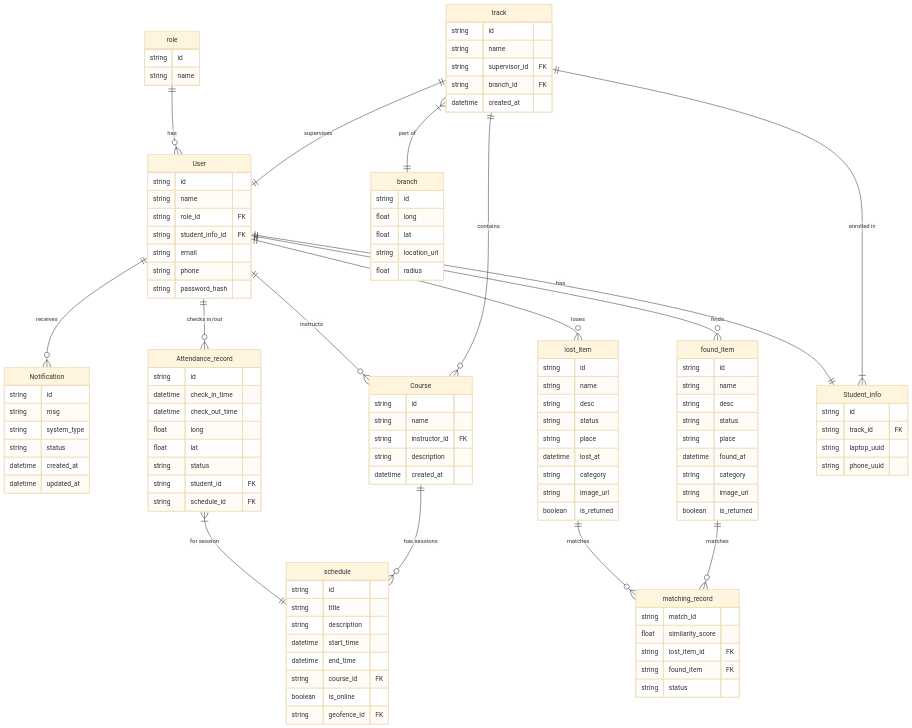
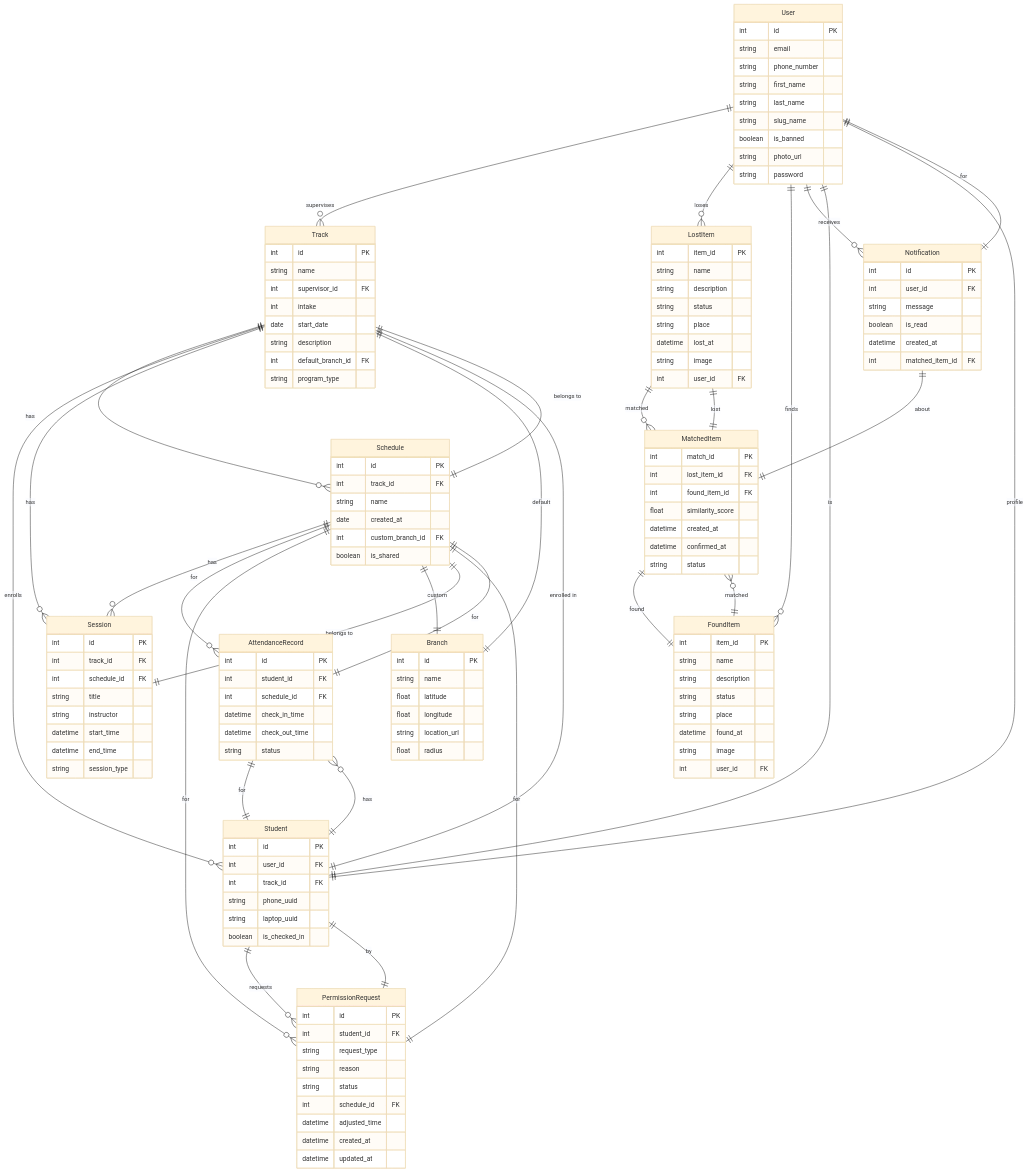
The diagram in erd.mermaid (OmarDerwy/ITI-Attendance-Backend), drawn with Mermaid (base theme) before and after one commit.

```diff
--- a/erd.mermaid
+++ b/erd.mermaid
@@ -1,125 +1,143 @@
 erDiagram
     User {
-        string id
+        int id PK
+        string email
+        string phone_number
+        string first_name
+        string last_name
+        string slug_name
+        boolean is_banned
+        string photo_url
+        string password
+    }
+    Branch {
+        int id PK
         string name
-        string role_id FK
-        string student_info_id FK
-        string email
-        string phone
-        string password_hash
+        float latitude
+        float longitude
+        string location_url
+        float radius
     }
-    Notification {
-        string id
-        string msg
-        string system_type
+    Track {
+        int id PK
+        string name
+        int supervisor_id FK
+        int intake
+        date start_date
+        string description
+        int default_branch_id FK
+        string program_type
+    }
+    Schedule {
+        int id PK
+        int track_id FK
+        string name
+        date created_at
+        int custom_branch_id FK
+        boolean is_shared
+    }
+    Session {
+        int id PK
+        int track_id FK
+        int schedule_id FK
+        string title
+        string instructor
+        datetime start_time
+        datetime end_time
+        string session_type
+    }
+    Student {
+        int id PK
+        int user_id FK
+        int track_id FK
+        string phone_uuid
+        string laptop_uuid
+        boolean is_checked_in
+    }
+    AttendanceRecord {
+        int id PK
+        int student_id FK
+        int schedule_id FK
+        datetime check_in_time
+        datetime check_out_time
         string status
+    }
+    PermissionRequest {
+        int id PK
+        int student_id FK
+        string request_type
+        string reason
+        string status
+        int schedule_id FK
+        datetime adjusted_time
         datetime created_at
         datetime updated_at
     }
-    Attendance_record {
-        string id
-        datetime check_in_time
-        datetime check_out_time
-        float long
-        float lat
-        string status
-        string student_id FK
-        string schedule_id FK
-    }
-    %% geofence {
-    %%     string id
-    %%     string name
-    %%     float long
-    %%     float lat
-    %%     float radius
-    %% }
-    track {
-        string id
+    LostItem {
+        int item_id PK
         string name
-        string supervisor_id FK
-        string branch_id FK
-        datetime created_at
-    }
-    lost_item {
-        string id
-        string name
-        string desc
+        string description
         string status
         string place
         datetime lost_at
-        string category
-        string image_url
-        boolean is_returned
+        string image
+        int user_id FK
     }
-    found_item {
-        string id
+    FoundItem {
+        int item_id PK
         string name
-        string desc
+        string description
         string status
         string place
         datetime found_at
-        string category
-        string image_url
-        boolean is_returned
+        string image
+        int user_id FK
     }
-    matching_record {
-        string match_id
+    MatchedItem {
+        int match_id PK
+        int lost_item_id FK
+        int found_item_id FK
         float similarity_score
-        string lost_item_id FK
-        string found_item FK
+        datetime created_at
+        datetime confirmed_at
         string status
     }
-    role {
-        string id
-        string name
-    }
-    schedule {
-        string id
-        string title
-        string description
-        datetime start_time
-        datetime end_time
-        string course_id FK
-        boolean is_online
-        string geofence_id FK
-    }
-    Course {
-        string id
-        string name
-        string instructor_id FK
-        string description
+    Notification {
+        int id PK
+        int user_id FK
+        string message
+        boolean is_read
         datetime created_at
-    }
-    Student_info{
-        string id
-        string track_id FK
-        string laptop_uuid
-        string phone_uuid
-    }
-    branch{
-        string id
-        float long
-        float lat
-        string location_url
-        float radius
+        int matched_item_id FK
     }
 
-    role ||--o{ User : "has"
-    User ||--|| Student_info : "has"
-    track ||--|{ Student_info : "enrolled in"
-    %% User }|--|| branch : "belongs to"
-    track }|--|| branch : "part of"
-    track ||--|| User : "supervises"
-    User ||--o{ Course : "instructs"
+    %% Relationships
+    User ||--o{ Track : "supervises"
+    User ||--o{ LostItem : "loses"
+    User ||--o{ FoundItem : "finds"
     User ||--o{ Notification : "receives"
-    User ||--o{ Attendance_record : "checks in/out"
-    User ||--o{ lost_item : "loses"
-    User ||--o{ found_item : "finds"
-    lost_item ||--o{ matching_record : "matches"
-    found_item ||--o{ matching_record : "matches"
-    %% schedule ||--|| track : "belongs to"
-    %% schedule ||--|| geofence : "has location"
-    Attendance_record }|--|| schedule : "for session"
-    Course ||--o{ schedule : "has sessions"
-    track ||--o{ Course : "contains"
-    %% we might want to make track - course relationship manytomany for courses that include many tracks such as soft skills and such
+    User ||--|| Student : "is"
+    Track ||--o{ Schedule : "has"
+    Track ||--o{ Student : "enrolls"
+    Track ||--o{ Session : "has"
+    Track ||--|| Branch : "default"
+    Schedule ||--o{ Session : "has"
+    Schedule ||--o{ AttendanceRecord : "for"
+    Schedule ||--o{ PermissionRequest : "for"
+    Schedule ||--|| Track : "belongs to"
+    Schedule ||--|| Branch : "custom"
+    Session ||--|| Schedule : "belongs to"
+    Student ||--o{ AttendanceRecord : "has"
+    Student ||--o{ PermissionRequest : "requests"
+    Student ||--|| Track : "enrolled in"
+    Student ||--|| User : "profile"
+    AttendanceRecord ||--|| Student : "for"
+    AttendanceRecord ||--|| Schedule : "for"
+    PermissionRequest ||--|| Student : "by"
+    PermissionRequest ||--|| Schedule : "for"
+    LostItem ||--o{ MatchedItem : "matched"
+    FoundItem ||--o{ MatchedItem : "matched"
+    MatchedItem ||--|| LostItem : "lost"
+    MatchedItem ||--|| FoundItem : "found"
+    Notification ||--|| User : "for"
+    Notification ||--|| MatchedItem : "about"
```
